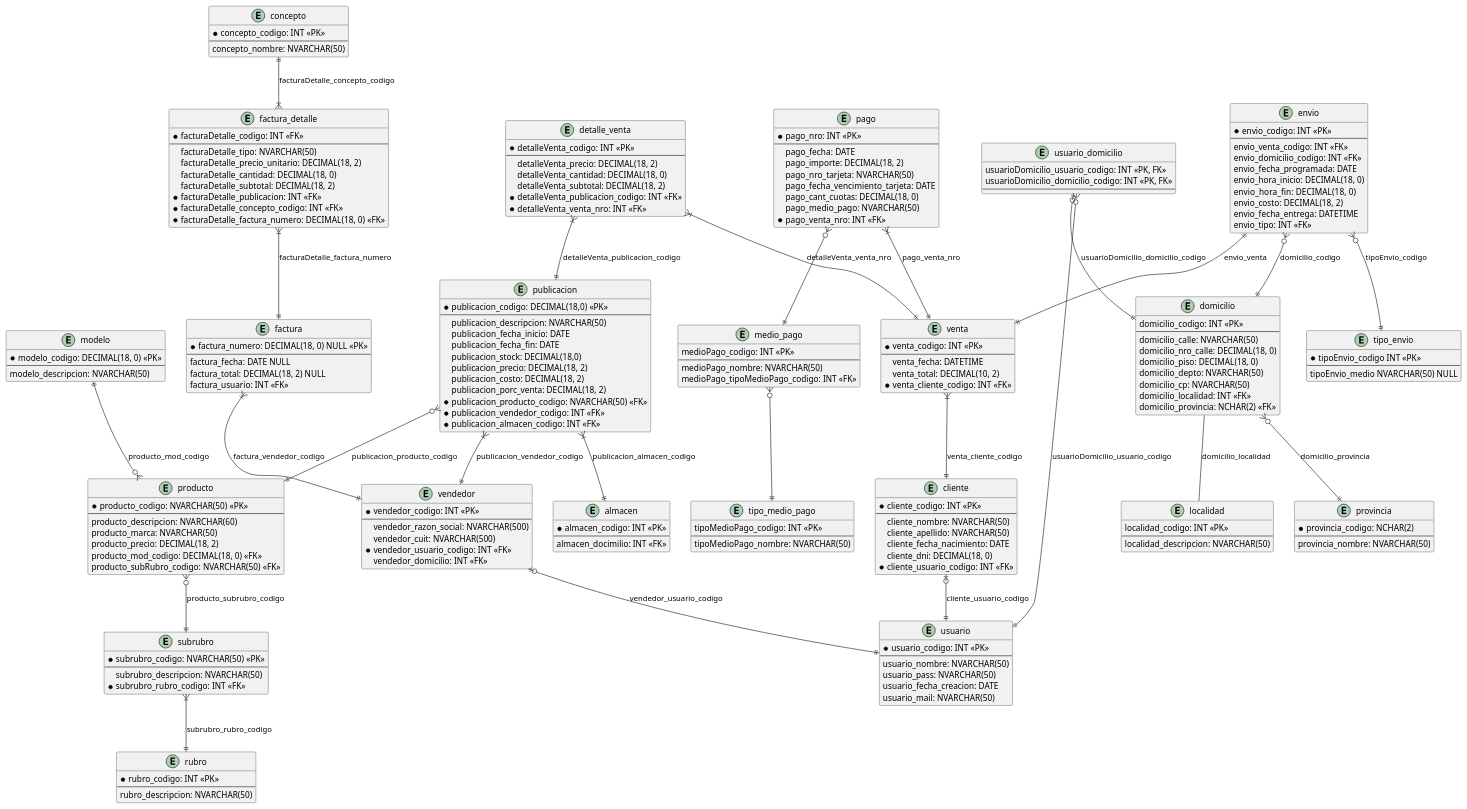
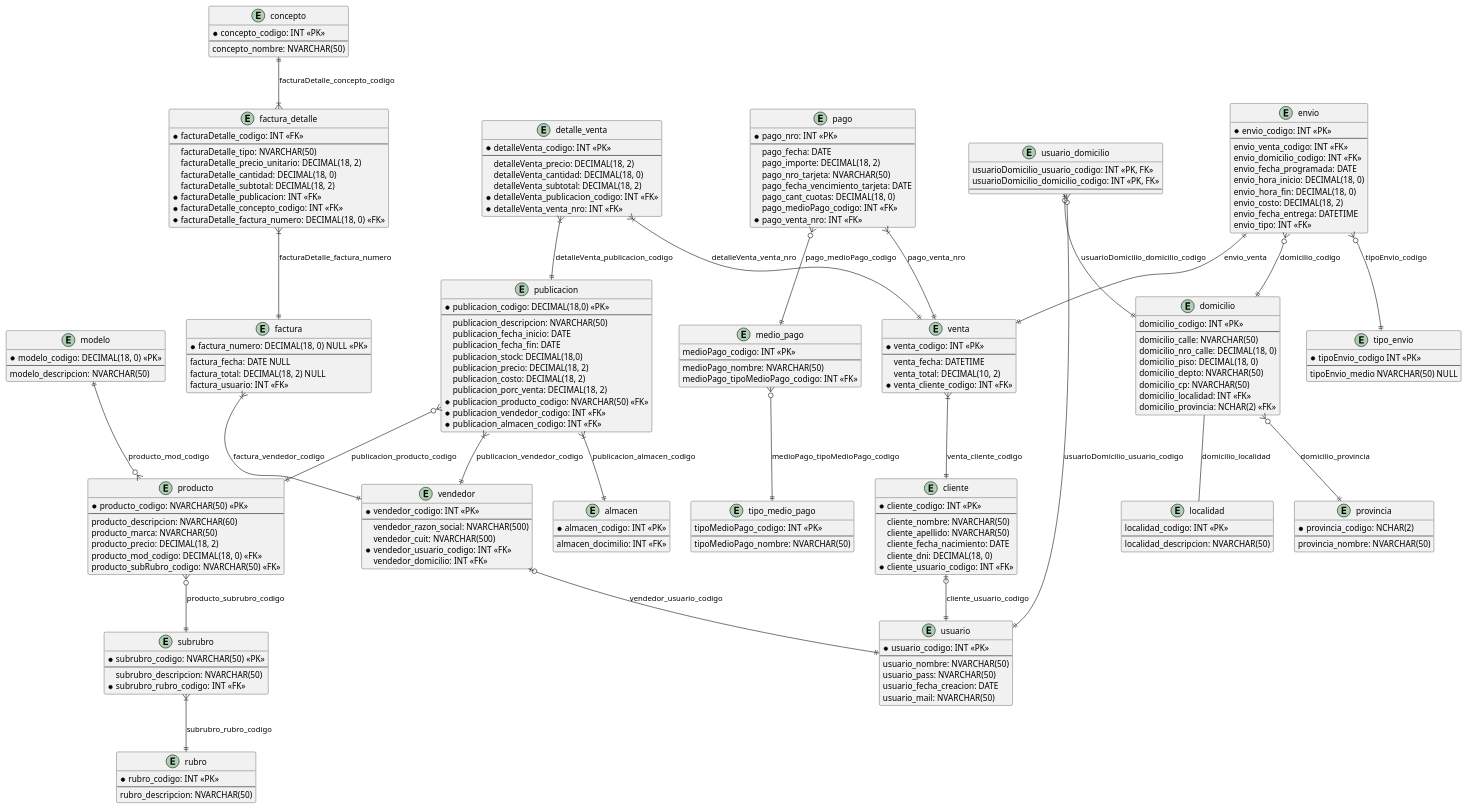
One commit to eitan-wajsberg/tp-gdd-2024-2C changed the diagram in diagramas/diagrama-entidad-relacion-inicial.puml. Above: the diagram before and after it, drawn with PlantUML.

Commit message:
diagramas: arreglos en la relacion de pago, medio_pago y tipo_medio_pago

```diff
--- a/diagramas/diagrama-entidad-relacion-inicial.puml
+++ b/diagramas/diagrama-entidad-relacion-inicial.puml
@@ -95,7 +95,7 @@
     pago_nro_tarjeta: NVARCHAR(50)
     pago_fecha_vencimiento_tarjeta: DATE
     pago_cant_cuotas: DECIMAL(18, 0)
-    pago_medio_pago: NVARCHAR(50)
+    pago_medioPago_codigo: INT <<FK>>
     * pago_venta_nro: INT <<FK>>
 }
 
@@ -226,7 +226,7 @@
 envio }o--|| domicilio : "domicilio_codigo"
 envio ||--|| venta : "envio_venta"
 
-pago }o--|| medio_pago
-medio_pago }o--|| tipo_medio_pago
+pago }o--|| medio_pago : "pago_medioPago_codigo"
+medio_pago }o--|| tipo_medio_pago : "medioPago_tipoMedioPago_codigo"
 
 @enduml
```
